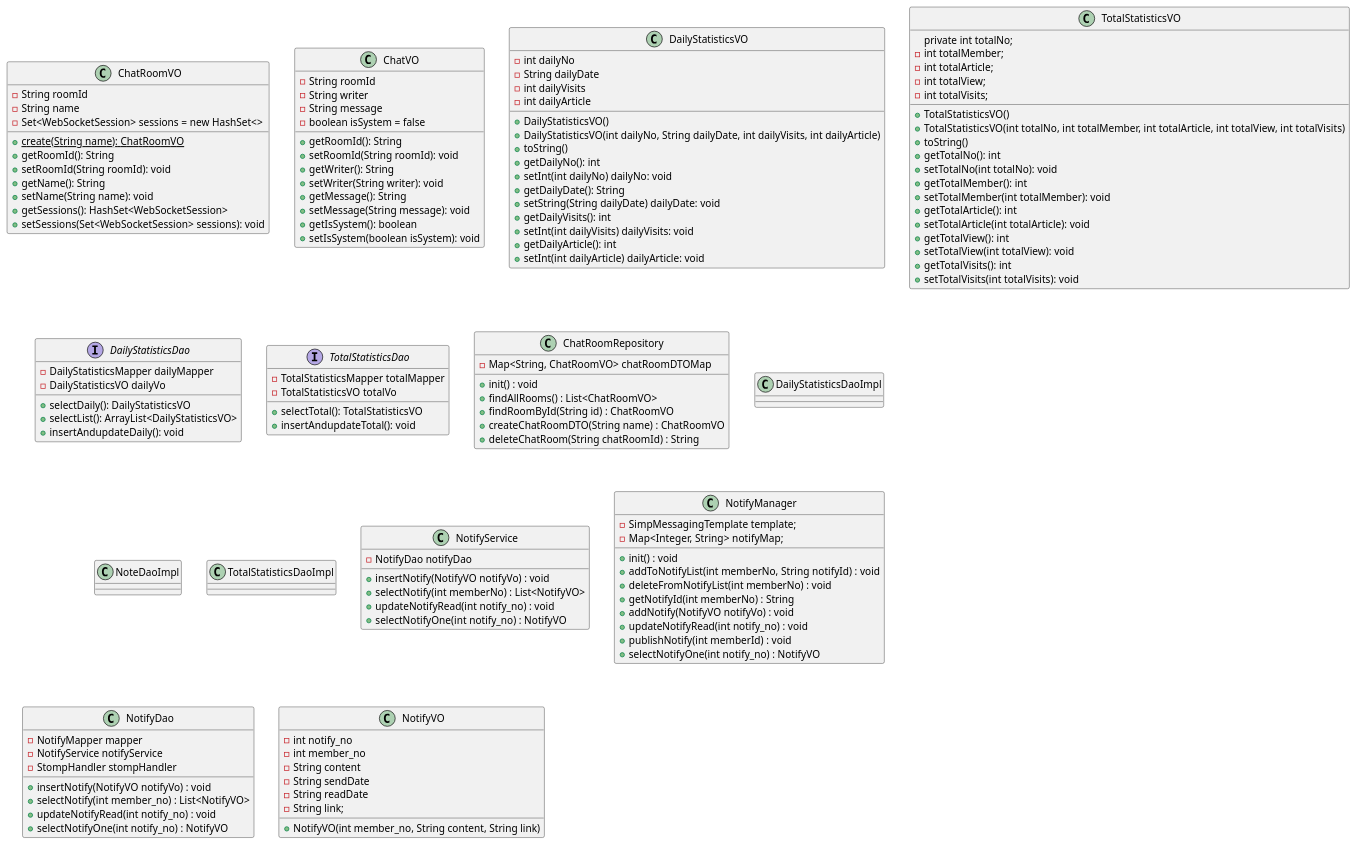
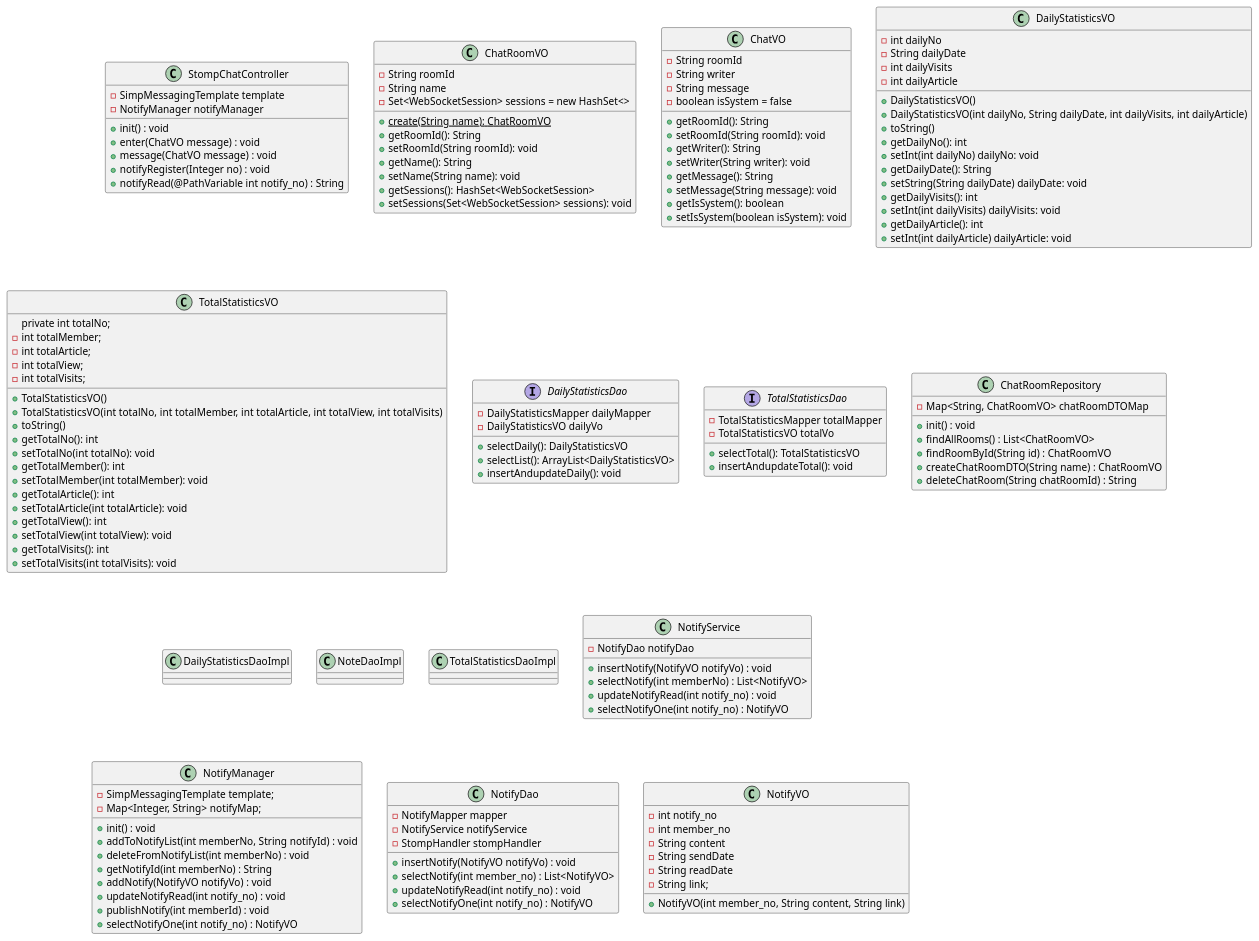
Before and after one commit to jollypyun/musicat-react-backend: the diagram in EtcDiagram.puml, drawn with PlantUML.

Commit message:
etc Diagram

```diff
--- a/EtcDiagram.puml
+++ b/EtcDiagram.puml
@@ -1,157 +1,168 @@
 @startuml
 'https://plantuml.com/class-diagram
 
 ' -- etc--
+class StompChatController {
+- SimpMessagingTemplate template
+- NotifyManager notifyManager
+
++ init() : void
++ enter(ChatVO message) : void
++ message(ChatVO message) : void
++ notifyRegister(Integer no) : void
++ notifyRead(@PathVariable int notify_no) : String
+}
+
 class ChatRoomVO{
 - String roomId
 - String name
 - Set<WebSocketSession> sessions = new HashSet<>
 
 + {static} create(String name): ChatRoomVO
 + getRoomId(): String
 + setRoomId(String roomId): void
 + getName(): String
 + setName(String name): void
 + getSessions(): HashSet<WebSocketSession>
 + setSessions(Set<WebSocketSession> sessions): void
 }
 
 class ChatVO{
 - String roomId
 - String writer
 - String message
 - boolean isSystem = false
 
 + getRoomId(): String
 + setRoomId(String roomId): void
 + getWriter(): String
 + setWriter(String writer): void
 + getMessage(): String
 + setMessage(String message): void
 + getIsSystem(): boolean
 + setIsSystem(boolean isSystem): void
 }
 
 class DailyStatisticsVO{
 - int dailyNo
 - String dailyDate
 - int dailyVisits
 - int dailyArticle
 
 + DailyStatisticsVO()
 + DailyStatisticsVO(int dailyNo, String dailyDate, int dailyVisits, int dailyArticle)
 + toString()
 + getDailyNo(): int
 + setInt(int dailyNo) dailyNo: void
 + getDailyDate(): String
 + setString(String dailyDate) dailyDate: void
 + getDailyVisits(): int
 + setInt(int dailyVisits) dailyVisits: void
 + getDailyArticle(): int
 + setInt(int dailyArticle) dailyArticle: void
 }
 
 
 class TotalStatisticsVO{
 private int totalNo;
 - int totalMember;
 - int totalArticle;
 - int totalView;
 - int totalVisits;
 
 + TotalStatisticsVO()
 + TotalStatisticsVO(int totalNo, int totalMember, int totalArticle, int totalView, int totalVisits)
 + toString()
 + getTotalNo(): int
 + setTotalNo(int totalNo): void
 + getTotalMember(): int
 + setTotalMember(int totalMember): void
 + getTotalArticle(): int
 + setTotalArticle(int totalArticle): void
 + getTotalView(): int
 + setTotalView(int totalView): void
 + getTotalVisits(): int
 + setTotalVisits(int totalVisits): void
 }
 
 
 
 ' -------------------  etc -----------------------
 interface DailyStatisticsDao{
 - DailyStatisticsMapper dailyMapper
 - DailyStatisticsVO dailyVo
 
 + selectDaily(): DailyStatisticsVO
 + selectList(): ArrayList<DailyStatisticsVO>
 + insertAndupdateDaily(): void
 }
 
 
 interface TotalStatisticsDao{
 - TotalStatisticsMapper totalMapper
 - TotalStatisticsVO totalVo
 
 + selectTotal(): TotalStatisticsVO
 + insertAndupdateTotal(): void
 }
 
 ' 그려주세요
 class ChatRoomRepository{
 - Map<String, ChatRoomVO> chatRoomDTOMap
 
 + init() : void
 + findAllRooms() : List<ChatRoomVO>
 + findRoomById(String id) : ChatRoomVO
 + createChatRoomDTO(String name) : ChatRoomVO
 + deleteChatRoom(String chatRoomId) : String
 }
 class DailyStatisticsDaoImpl
 class NoteDaoImpl
 class TotalStatisticsDaoImpl
 
 class NotifyService {
 - NotifyDao notifyDao
 
 + insertNotify(NotifyVO notifyVo) : void
 + selectNotify(int memberNo) : List<NotifyVO>
 + updateNotifyRead(int notify_no) : void
 + selectNotifyOne(int notify_no) : NotifyVO
 }
 
 class NotifyManager{
 - SimpMessagingTemplate template;
 - Map<Integer, String> notifyMap;
 
 + init() : void
 + addToNotifyList(int memberNo, String notifyId) : void
 + deleteFromNotifyList(int memberNo) : void
 + getNotifyId(int memberNo) : String
 + addNotify(NotifyVO notifyVo) : void
 + updateNotifyRead(int notify_no) : void
 + publishNotify(int memberId) : void
 + selectNotifyOne(int notify_no) : NotifyVO
 }
 
 class NotifyDao {
 - NotifyMapper mapper
 - NotifyService notifyService
 - StompHandler stompHandler
 
 + insertNotify(NotifyVO notifyVo) : void
 + selectNotify(int member_no) : List<NotifyVO>
 + updateNotifyRead(int notify_no) : void
 + selectNotifyOne(int notify_no) : NotifyVO
 }
 
 class NotifyVO{
 - int notify_no
 - int member_no
 - String content
 - String sendDate
 - String readDate
 - String link;
 
 + NotifyVO(int member_no, String content, String link)
 }
 
 @enduml
```
